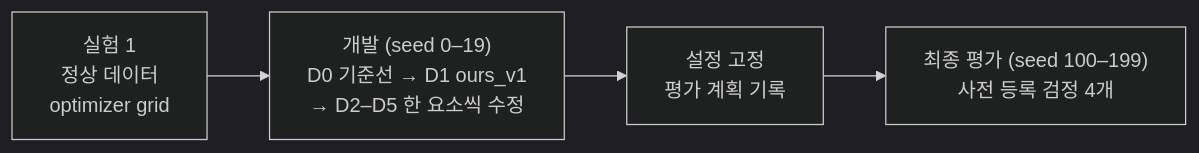
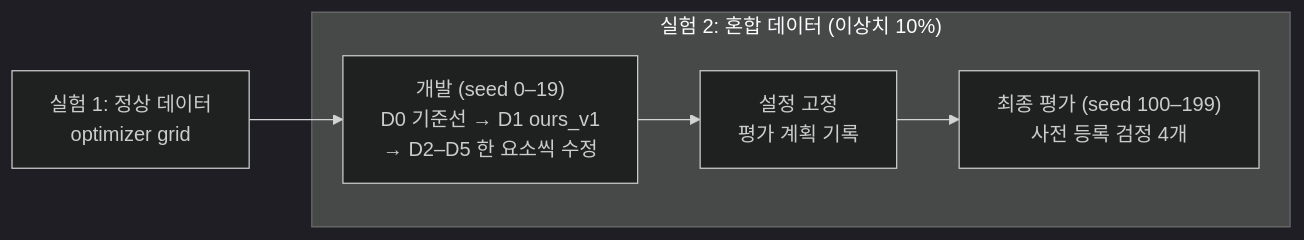
Before and after one commit to donghyeoni/outlier-linear-regression: the first of 2 diagrams in README.md, drawn with Mermaid (dark theme). The commit also changed other lines of this file and 2 other files, not shown here.

Commit message:
Group experiment 2 in the README figure and headings; remove unused imports

````diff
--- a/README.md
+++ b/README.md
@@ -30,6 +30,9 @@
 ```mermaid
 flowchart LR
-    E1["실험 1<br/>정상 데이터<br/>optimizer grid"] --> D["개발 (seed 0–19)<br/>D0 기준선 → D1 ours_v1<br/>→ D2–D5 한 요소씩 수정"]
-    D --> F["설정 고정<br/>평가 계획 기록"]
-    F --> T["최종 평가 (seed 100–199)<br/>사전 등록 검정 4개"]
+    E1["실험 1: 정상 데이터<br/>optimizer grid"]
+    subgraph X2["실험 2: 혼합 데이터 (이상치 10%)"]
+        D["개발 (seed 0–19)<br/>D0 기준선 → D1 ours_v1<br/>→ D2–D5 한 요소씩 수정"] --> F["설정 고정<br/>평가 계획 기록"]
+        F --> T["최종 평가 (seed 100–199)<br/>사전 등록 검정 4개"]
+    end
+    E1 --> D
 ```
````
